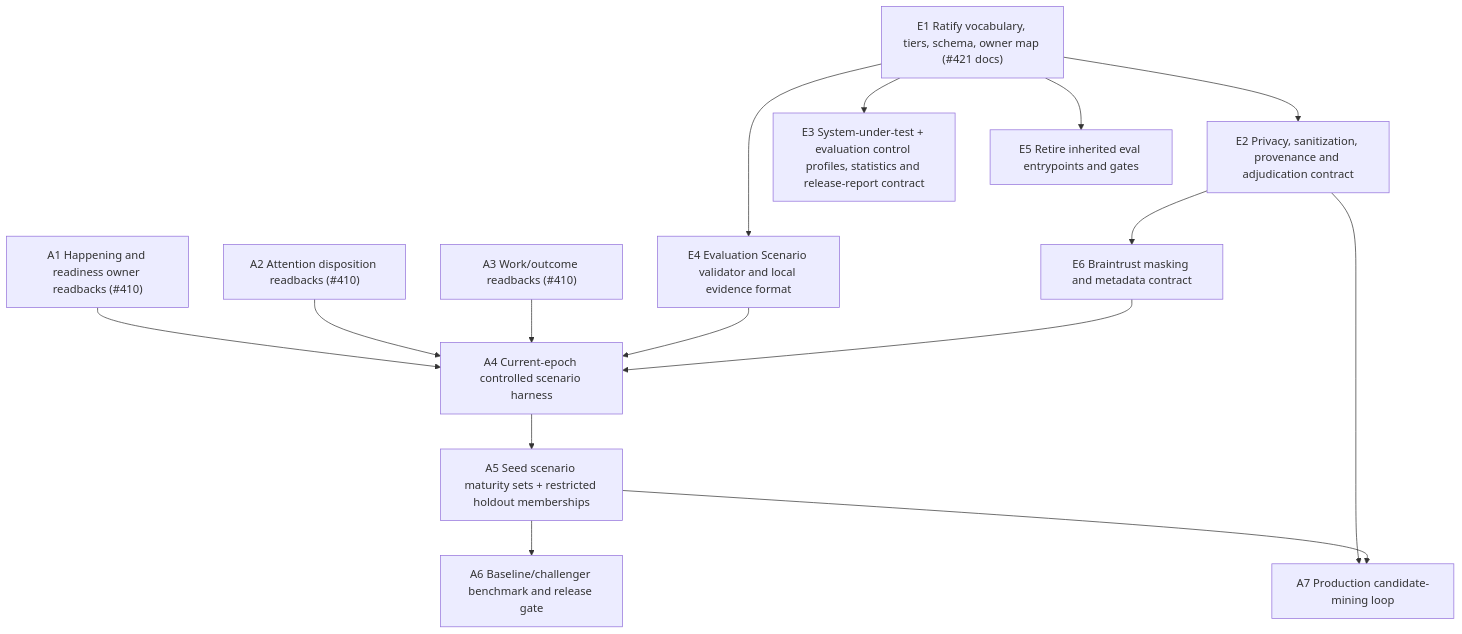
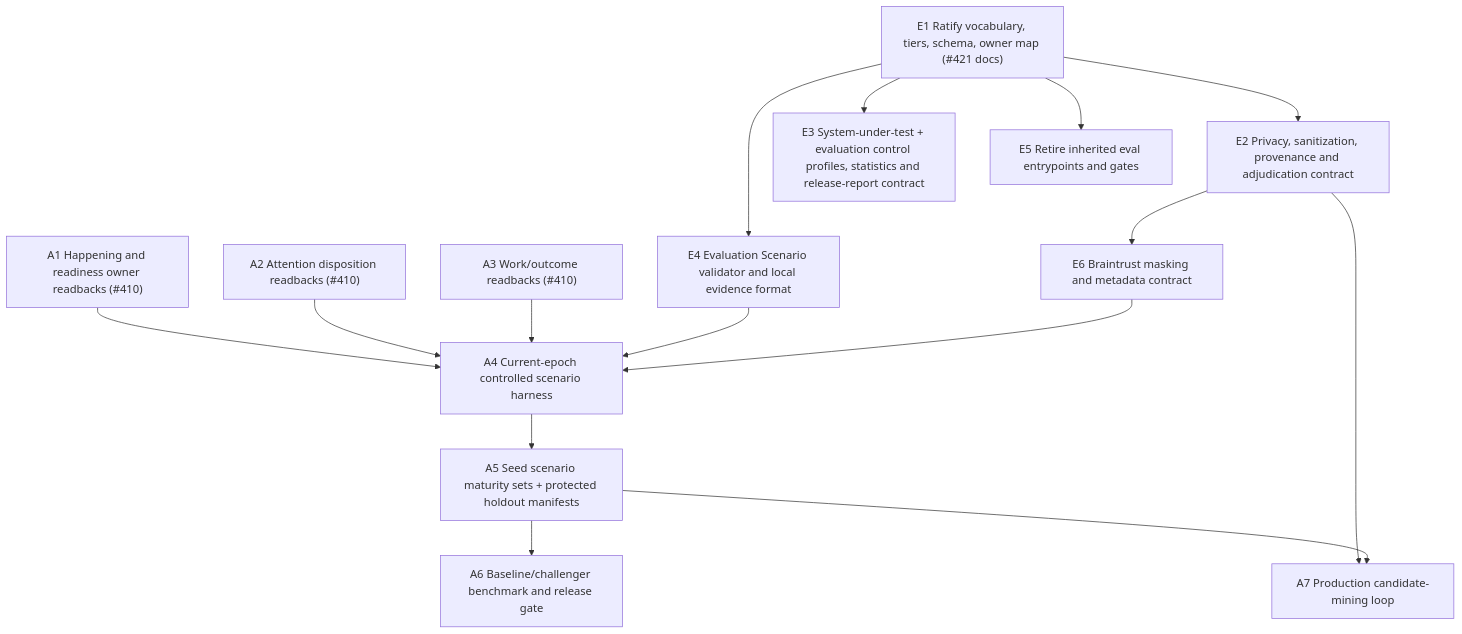
Before and after one commit to AaronAbuUsama/ambient-agent: the diagram in docs/research/421-evaluation-framework-and-model-benchmark.md, drawn with Mermaid. The commit also changed other lines of this file and 8 other files, not shown here.

````diff
--- a/docs/research/421-evaluation-framework-and-model-benchmark.md
+++ b/docs/research/421-evaluation-framework-and-model-benchmark.md
@@ -220,25 +222,25 @@
 ```mermaid
 flowchart TB
   M["E1 Ratify vocabulary, tiers, schema, owner map (#421 docs)"]
   P["E2 Privacy, sanitization, provenance and adjudication contract"]
   B["E3 System-under-test + evaluation control profiles, statistics and release-report contract"]
   V["E4 Evaluation Scenario validator and local evidence format"]
   X["E5 Retire inherited eval entrypoints and gates"]
   T["E6 Braintrust masking and metadata contract"]
 
   H["A1 Happening and readiness owner readbacks (#410)"]
   A["A2 Attention disposition readbacks (#410)"]
   W["A3 Work/outcome readbacks (#410)"]
   R["A4 Current-epoch controlled scenario harness"]
-  S["A5 Seed scenario maturity sets + restricted holdout memberships"]
+  S["A5 Seed scenario maturity sets + protected holdout manifests"]
   C["A6 Baseline/challenger benchmark and release gate"]
   O["A7 Production candidate-mining loop"]
 
   M --> P & B & V
   M --> X
   P --> T
   H & A & W --> R
   V & T --> R
   R --> S --> C
   P & S --> O
 ```
````
